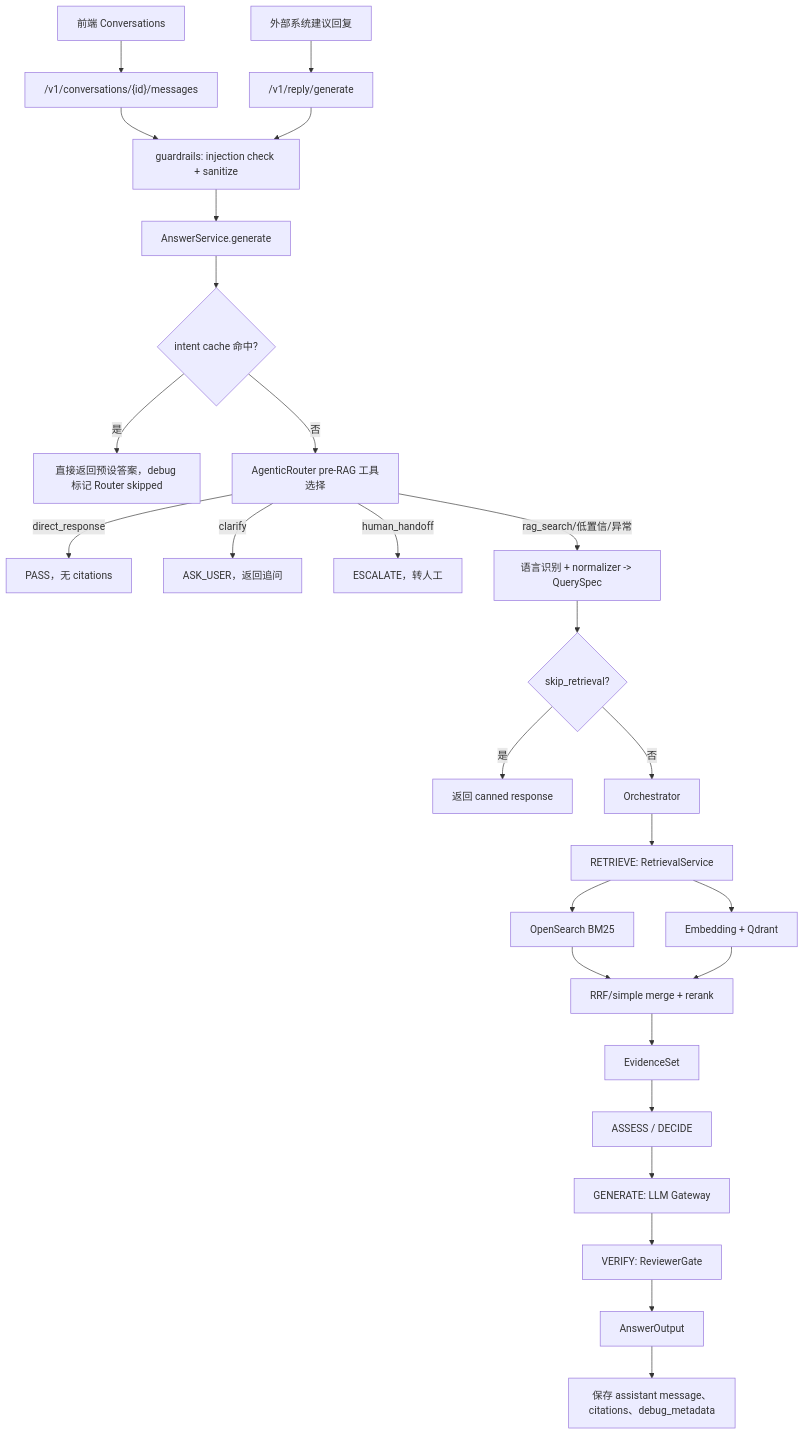
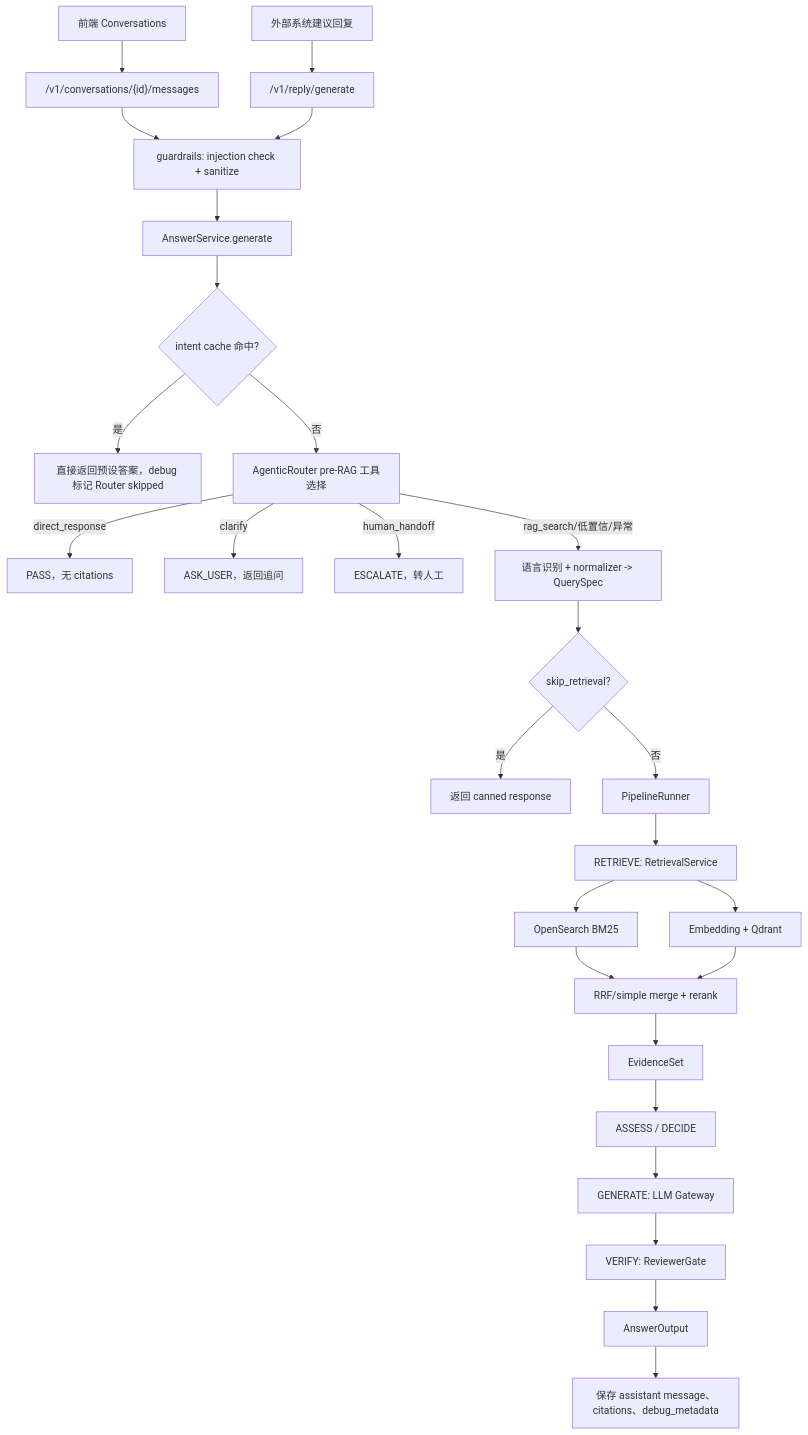
The third of 6 diagrams in .agent-harness/02_RAG_FLOW.md (rwjxrj/RAG_Agent), drawn with Mermaid before and after one commit. The commit also changed other lines of this file and 98 other files, not shown here.

Commit message:
Refactor orchestrator pipeline and phase flow

````diff
--- a/.agent-harness/02_RAG_FLOW.md
+++ b/.agent-harness/02_RAG_FLOW.md
@@ -103,29 +103,29 @@
 ```mermaid
 flowchart TD
   A["前端 Conversations"] --> B["/v1/conversations/{id}/messages"]
   C["外部系统建议回复"] --> D["/v1/reply/generate"]
   B --> E["guardrails: injection check + sanitize"]
   D --> E
   E --> F["AnswerService.generate"]
   F --> G{"intent cache 命中?"}
   G -->|是| H["直接返回预设答案，debug 标记 Router skipped"]
   G -->|否| AR["AgenticRouter pre-RAG 工具选择"]
   AR -->|direct_response| AR1["PASS，无 citations"]
   AR -->|clarify| AR2["ASK_USER，返回追问"]
   AR -->|human_handoff| AR3["ESCALATE，转人工"]
   AR -->|rag_search/低置信/异常| I["语言识别 + normalizer -> QuerySpec"]
   I --> J{"skip_retrieval?"}
   J -->|是| K["返回 canned response"]
-  J -->|否| L["Orchestrator"]
+  J -->|否| L["PipelineRunner"]
   L --> M["RETRIEVE: RetrievalService"]
   M --> N["OpenSearch BM25"]
   M --> O["Embedding + Qdrant"]
   N --> P["RRF/simple merge + rerank"]
   O --> P
   P --> Q["EvidenceSet"]
   Q --> R["ASSESS / DECIDE"]
   R --> S["GENERATE: LLM Gateway"]
   S --> T["VERIFY: ReviewerGate"]
   T --> U["AnswerOutput"]
   U --> V["保存 assistant message、citations、debug_metadata"]
 ```
````
